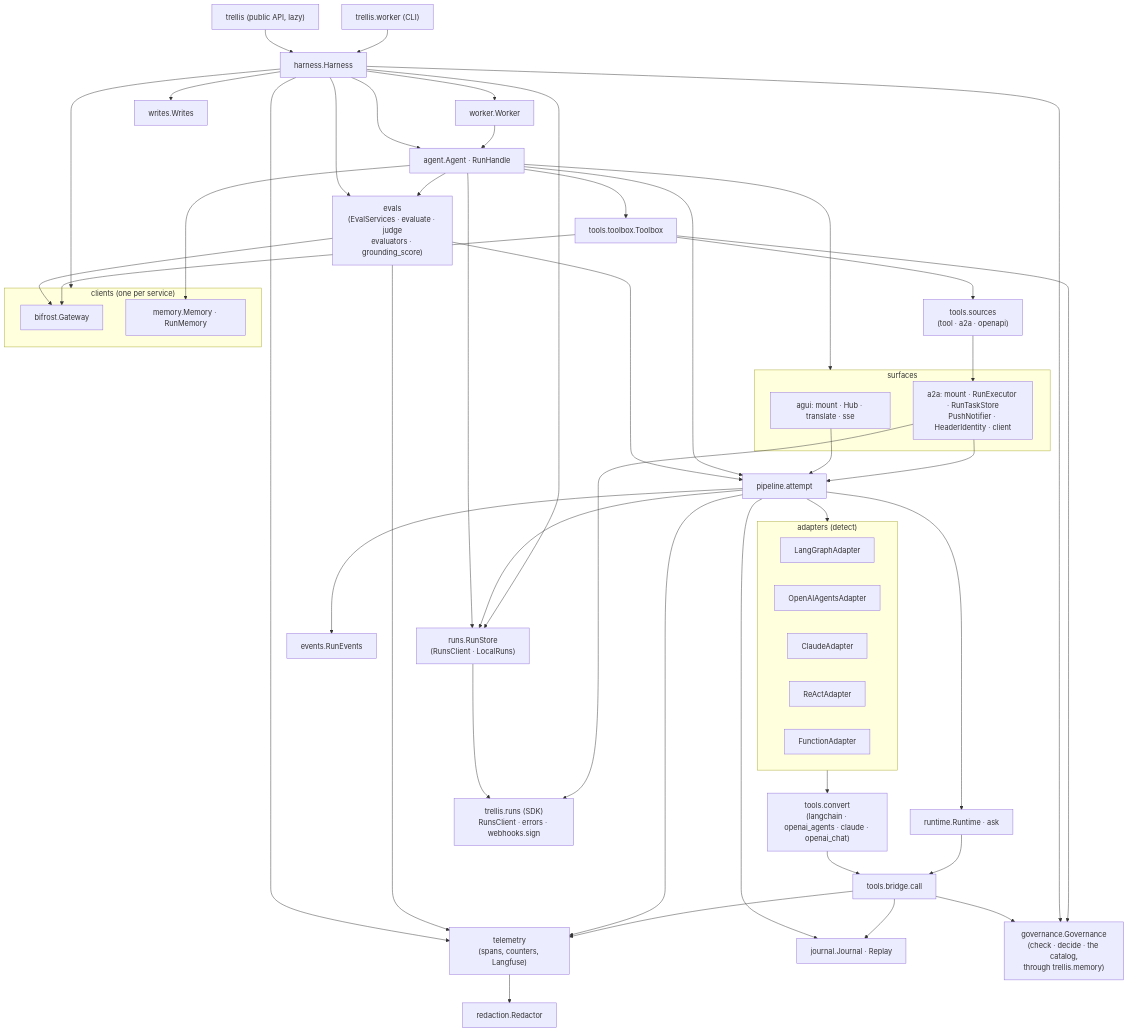
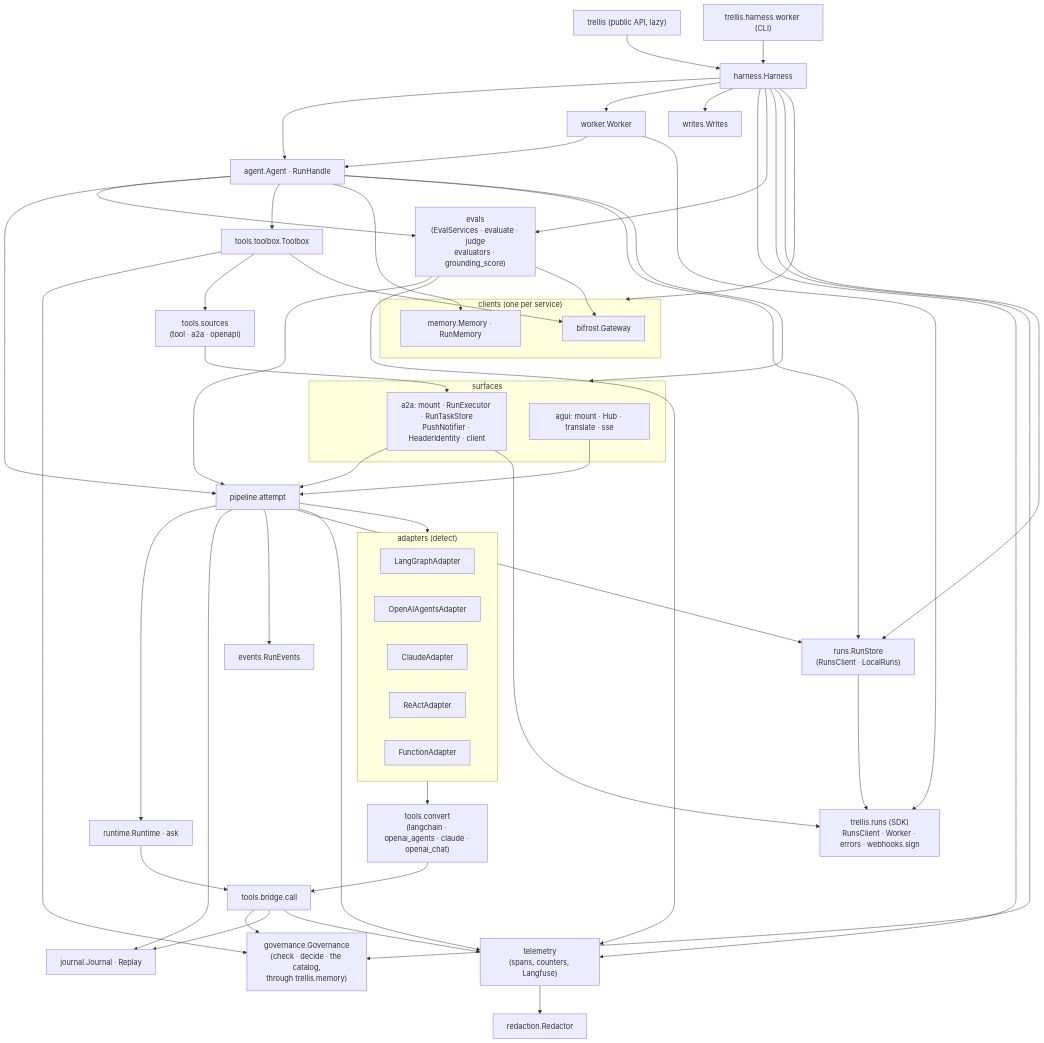
One commit to amitmohapatra/agent-harness changed the second of 10 diagrams in ARCHITECTURE.md. Above: the diagram before and after it, drawn with Mermaid. The commit also changed other lines of this file and 18 other files, not shown here.

First line of the commit message:
The worker runs on trellis.runs.Worker

````diff
--- a/ARCHITECTURE.md
+++ b/ARCHITECTURE.md
@@ -108,61 +109,62 @@
 ```mermaid
 flowchart TB
   api["trellis (public API, lazy)"] --> harness["harness.Harness"]
-  cli["trellis.worker (CLI)"] --> harness
+  cli["trellis.harness.worker (CLI)"] --> harness
   harness --> agent["agent.Agent · RunHandle"]
   harness --> workerm["worker.Worker"]
   harness --> writes["writes.Writes"]
   harness --> telemetry["telemetry<br/>(spans, counters, Langfuse)"]
   harness --> evals["evals<br/>(EvalServices · evaluate · judge<br/>evaluators · grounding_score)"]
   agent --> evals
   evals --> pipeline
   evals --> telemetry
   evals --> bifrost
   workerm --> agent
+  workerm --> sdk
   agent --> pipeline["pipeline.attempt"]
   agent --> surfaces
   subgraph surfaces["surfaces"]
     agui["agui: mount · Hub · translate · sse"]
     a2a["a2a: mount · RunExecutor · RunTaskStore<br/>PushNotifier · HeaderIdentity · client"]
   end
   agui --> pipeline
   a2a --> pipeline
   pipeline --> runtime["runtime.Runtime · ask"]
   pipeline --> journal["journal.Journal · Replay"]
   pipeline --> events["events.RunEvents"]
   pipeline --> adapters
   subgraph adapters["adapters (detect)"]
     langgraph["LangGraphAdapter"]
     openai["OpenAIAgentsAdapter"]
     claude["ClaudeAdapter"]
     react["ReActAdapter"]
     function["FunctionAdapter"]
   end
   adapters --> convert["tools.convert<br/>(langchain · openai_agents · claude · openai_chat)"]
   convert --> bridge["tools.bridge.call"]
   runtime --> bridge
   bridge --> governance["governance.Governance<br/>(check · decide · the catalog,<br/>through trellis.memory)"]
   bridge --> journal
   harness --> governance
   agent --> toolbox["tools.toolbox.Toolbox"]
   toolbox --> governance
   toolbox --> sources["tools.sources<br/>(tool · a2a · openapi)"]
   sources --> a2a
   subgraph clients["clients (one per service)"]
     bifrost["bifrost.Gateway"]
     memory["memory.Memory · RunMemory"]
   end
   runs["runs.RunStore<br/>(RunsClient · LocalRuns)"]
-  sdk["trellis.runs (SDK)<br/>RunsClient · errors · webhooks.sign"]
+  sdk["trellis.runs (SDK)<br/>RunsClient · Worker · errors · webhooks.sign"]
   toolbox --> bifrost
   agent --> memory
   agent --> runs
   pipeline --> runs
   harness --> clients
   harness --> runs
   runs --> sdk
   a2a --> sdk
   telemetry --> redaction["redaction.Redactor"]
   pipeline --> telemetry
   bridge --> telemetry
 ```
````
